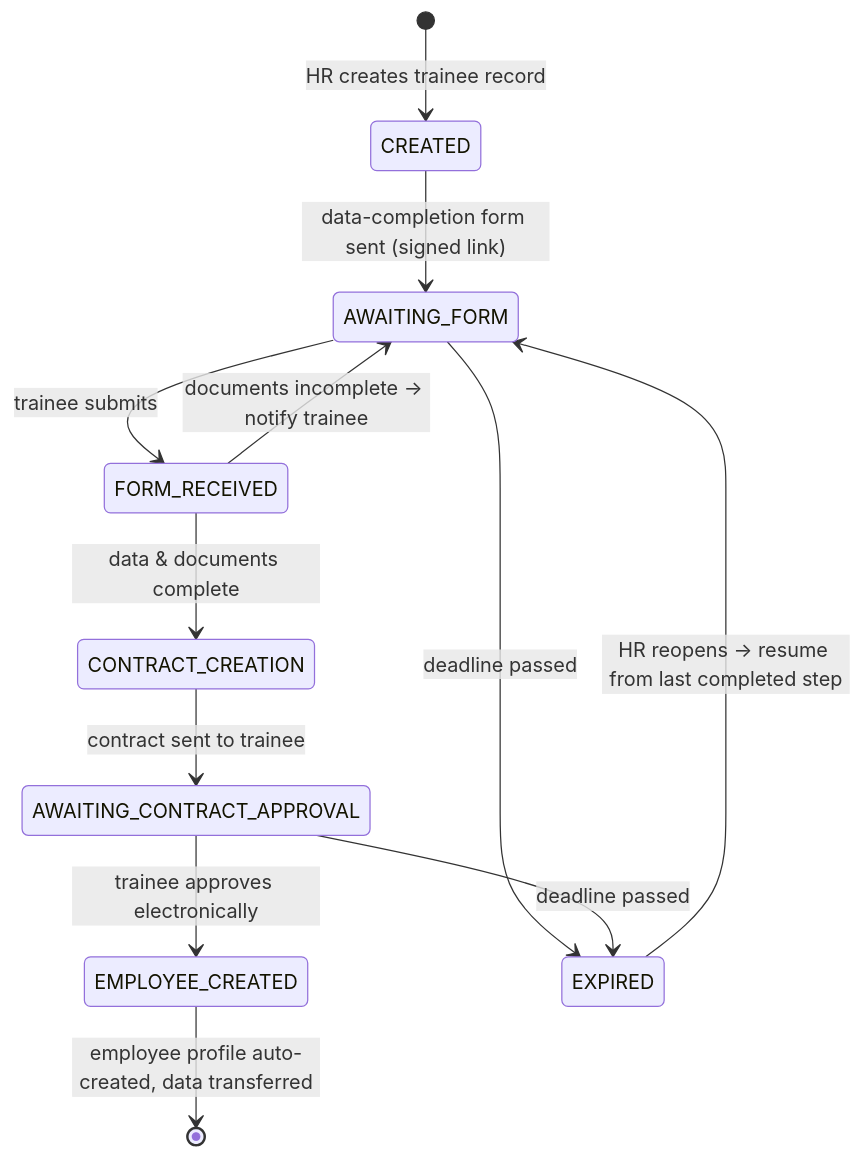
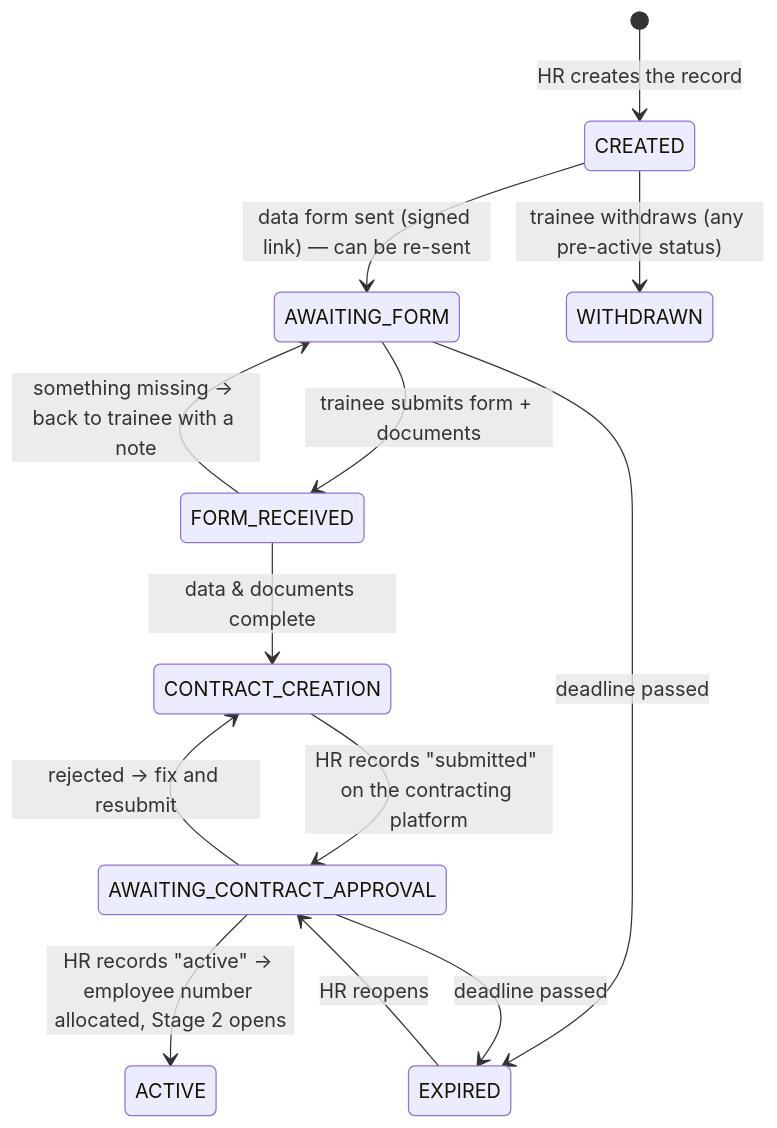
One commit to basmakamal/employee-onboarding changed the first of 2 diagrams in README.md. Above: the diagram before and after it, drawn with Mermaid. The commit also changed other lines of this file, not shown here.

````diff
--- a/README.md
+++ b/README.md
@@ -24,14 +327,15 @@
 ```mermaid
 stateDiagram-v2
-    [*] --> CREATED : HR creates trainee record
-    CREATED --> AWAITING_FORM : data-completion form sent (signed link)
-    AWAITING_FORM --> FORM_RECEIVED : trainee submits
-    FORM_RECEIVED --> AWAITING_FORM : documents incomplete → notify trainee
+    [*] --> CREATED : HR creates the record
+    CREATED --> AWAITING_FORM : data form sent (signed link) — can be re-sent
+    AWAITING_FORM --> FORM_RECEIVED : trainee submits form + documents
+    FORM_RECEIVED --> AWAITING_FORM : something missing → back to trainee with a note
     FORM_RECEIVED --> CONTRACT_CREATION : data & documents complete
-    CONTRACT_CREATION --> AWAITING_CONTRACT_APPROVAL : contract sent to trainee
-    AWAITING_CONTRACT_APPROVAL --> EMPLOYEE_CREATED : trainee approves electronically
+    CONTRACT_CREATION --> AWAITING_CONTRACT_APPROVAL : HR records "submitted" on the contracting platform
+    AWAITING_CONTRACT_APPROVAL --> ACTIVE : HR records "active" → employee number allocated, Stage 2 opens
+    AWAITING_CONTRACT_APPROVAL --> CONTRACT_CREATION : rejected → fix and resubmit
     AWAITING_FORM --> EXPIRED : deadline passed
     AWAITING_CONTRACT_APPROVAL --> EXPIRED : deadline passed
-    EXPIRED --> AWAITING_FORM : HR reopens → resume from last completed step
-    EMPLOYEE_CREATED --> [*] : employee profile auto-created, data transferred
+    EXPIRED --> AWAITING_CONTRACT_APPROVAL : HR reopens
+    CREATED --> WITHDRAWN : trainee withdraws (any pre-active status)
 ```
````
